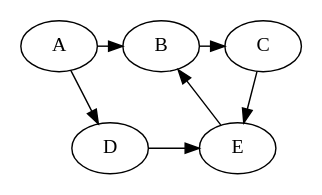
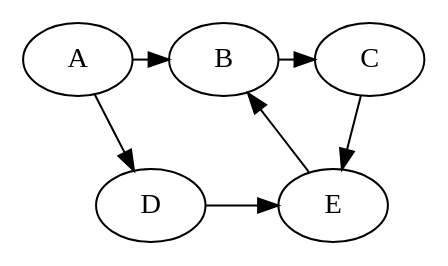
The diagram in lectures/digraph4.dot (IUDataStructuresCourse/course-web-page-fall-2023), drawn with Graphviz before and after one commit. The commit also changed 28 other files, not shown here.

```diff
--- a/lectures/digraph4.dot
+++ b/lectures/digraph4.dot
@@ -1,14 +1,13 @@
 digraph G {
-  size = "2,2";
 
   { rank = same; A B C }
   { rank = same; D E }
 
   A -> B;
   A -> D;
   B -> C;
   C -> E;
   D -> E;
   E -> B [constraint = false];
   
 }
```
